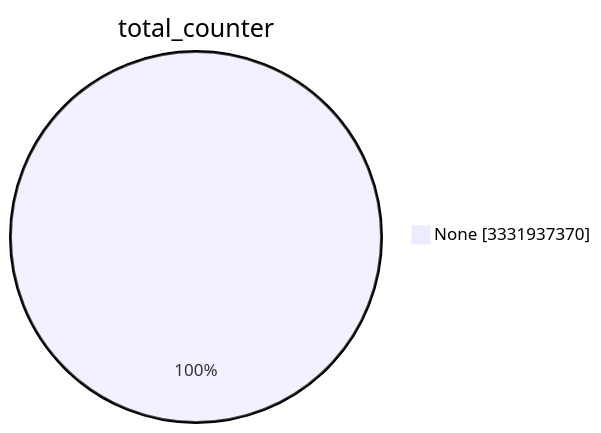
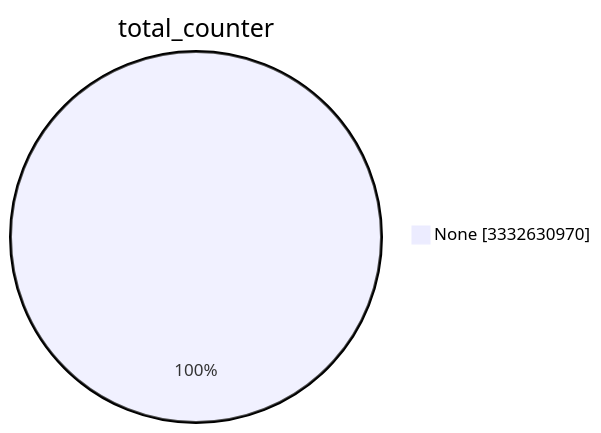
One commit to christiankrug/ctmonitor_visualization changed the first of 15 diagrams in TOTAL/README.md. Above: the diagram before and after it, drawn with Mermaid. The commit also changed other lines of this file, not shown here.

````diff
--- a/TOTAL/README.md
+++ b/TOTAL/README.md
@@ -1,5 +1,5 @@
 ```mermaid
 pie showData
 title total_counter
-"None" :3331937370
+"None" :3332630970
 ```
````
